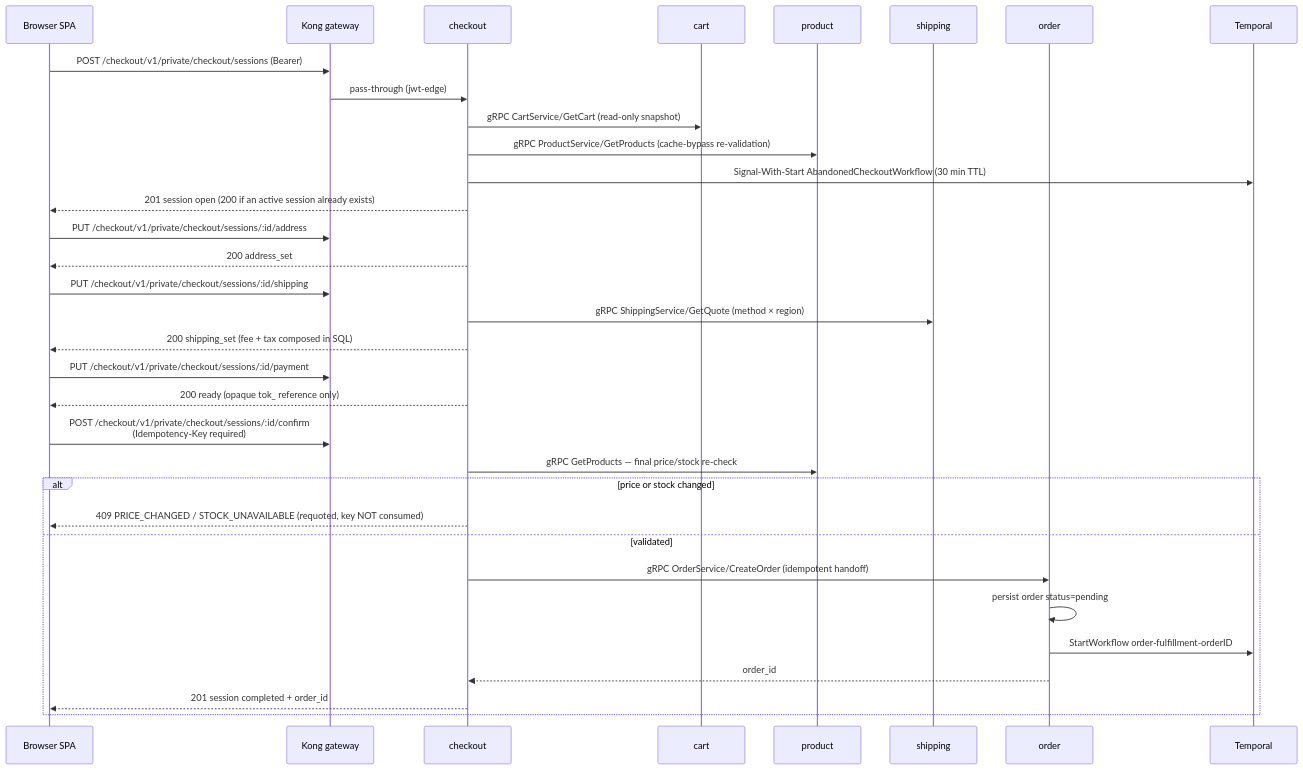
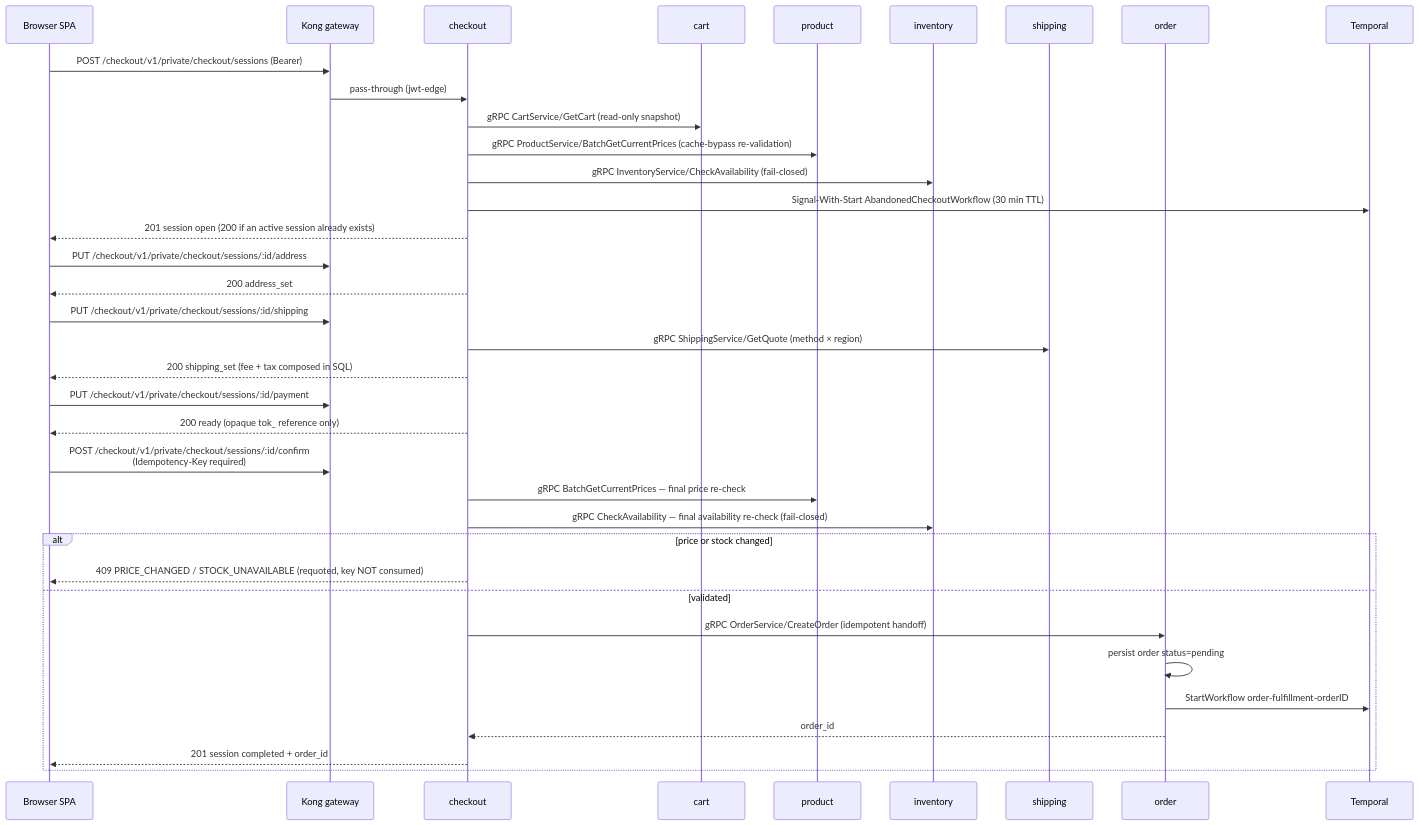
Before and after one commit to duynhlab/homelab: the eighth of 10 diagrams in docs/api/api.md, drawn with Mermaid. The commit also changed other lines of this file and 6 other files, not shown here.

````diff
--- a/docs/api/api.md
+++ b/docs/api/api.md
@@ -539,38 +543,41 @@
 ```mermaid
 sequenceDiagram
     participant SPA as Browser SPA
     participant Kong as Kong gateway
     participant CK as checkout
     participant Cart as cart
     participant Prod as product
+    participant Inv as inventory
     participant Ship as shipping
     participant Ord as order
     participant TMP as Temporal
 
     SPA->>Kong: POST /checkout/v1/private/checkout/sessions (Bearer)
     Kong->>CK: pass-through (jwt-edge)
     CK->>Cart: gRPC CartService/GetCart (read-only snapshot)
-    CK->>Prod: gRPC ProductService/GetProducts (cache-bypass re-validation)
+    CK->>Prod: gRPC ProductService/BatchGetCurrentPrices (cache-bypass re-validation)
+    CK->>Inv: gRPC InventoryService/CheckAvailability (fail-closed)
     CK->>TMP: Signal-With-Start AbandonedCheckoutWorkflow (30 min TTL)
     CK-->>SPA: 201 session open (200 if an active session already exists)
 
     SPA->>Kong: PUT /checkout/v1/private/checkout/sessions/:id/address
     CK-->>SPA: 200 address_set
     SPA->>Kong: PUT /checkout/v1/private/checkout/sessions/:id/shipping
     CK->>Ship: gRPC ShippingService/GetQuote (method × region)
     CK-->>SPA: 200 shipping_set (fee + tax composed in SQL)
     SPA->>Kong: PUT /checkout/v1/private/checkout/sessions/:id/payment
     CK-->>SPA: 200 ready (opaque tok_ reference only)
 
     SPA->>Kong: POST /checkout/v1/private/checkout/sessions/:id/confirm<br/>(Idempotency-Key required)
-    CK->>Prod: gRPC GetProducts — final price/stock re-check
+    CK->>Prod: gRPC BatchGetCurrentPrices — final price re-check
+    CK->>Inv: gRPC CheckAvailability — final availability re-check (fail-closed)
     alt price or stock changed
         CK-->>SPA: 409 PRICE_CHANGED / STOCK_UNAVAILABLE (requoted, key NOT consumed)
     else validated
         CK->>Ord: gRPC OrderService/CreateOrder (idempotent handoff)
         Ord->>Ord: persist order status=pending
         Ord->>TMP: StartWorkflow order-fulfillment-orderID
         Ord-->>CK: order_id
         CK-->>SPA: 201 session completed + order_id
     end
 ```
````
